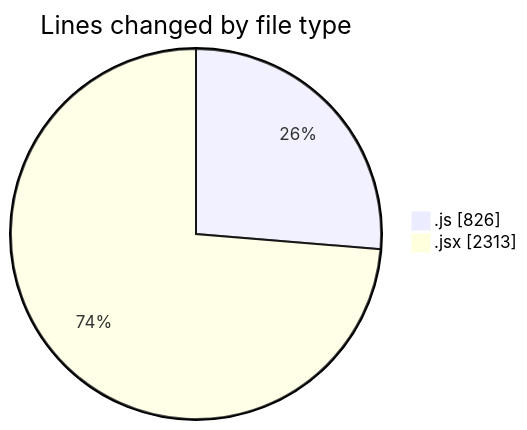
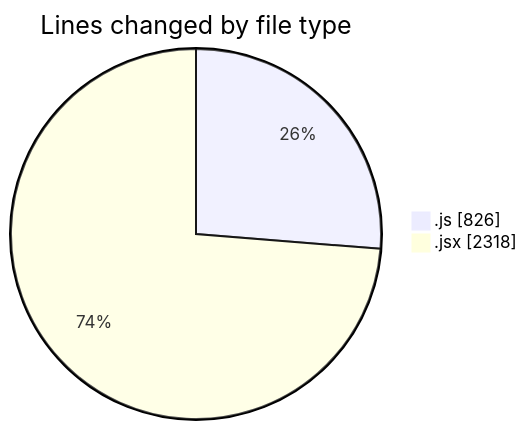
Before and after one commit to nxtqubesakshisongat/code-tracking: the first of 2 diagrams in 2025-10-29/nxtqube_webapp/README.md, drawn with Mermaid. The commit also changed other lines of this file and 1 other file, not shown here.

````diff
--- a/2025-10-29/nxtqube_webapp/README.md
+++ b/2025-10-29/nxtqube_webapp/README.md
@@ -22,6 +22,6 @@
 ```mermaid
 pie showData
 title Lines changed by file type
 ".js" : 826
-".jsx" : 2313
+".jsx" : 2318
 ```
````
